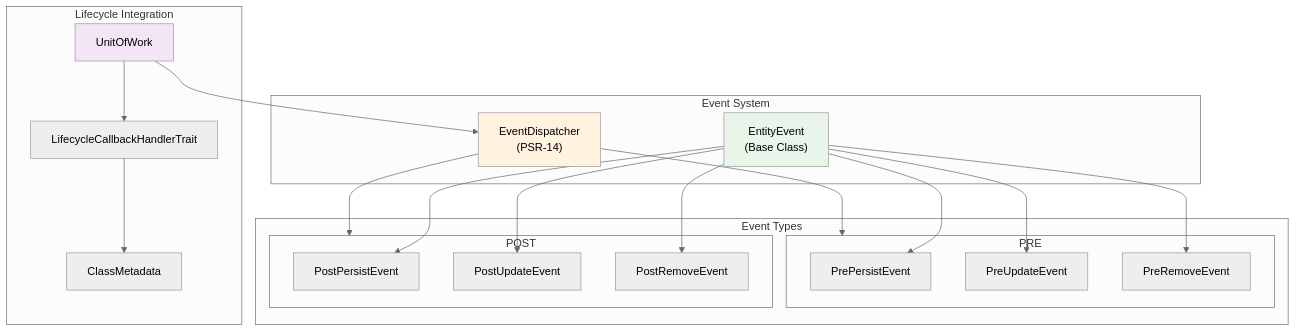
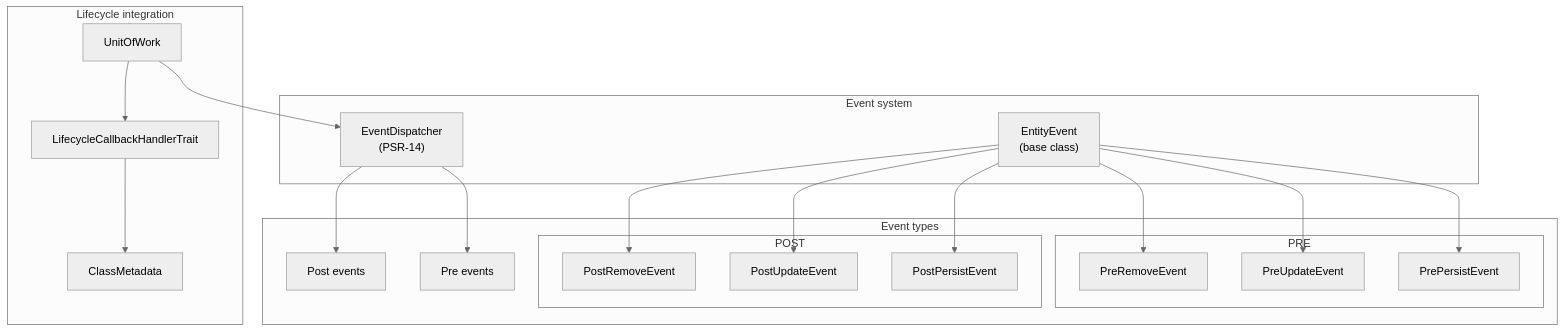
One commit to kabiroman/adaptive-entity-manager changed the sixth of 7 diagrams in docs/ARCHITECTURE_DIAGRAMS.md. Above: the diagram before and after it, drawn with Mermaid (neutral theme). The commit also changed other lines of this file and 7 other files, not shown here.

````diff
--- a/docs/ARCHITECTURE_DIAGRAMS.md
+++ b/docs/ARCHITECTURE_DIAGRAMS.md
@@ -246,48 +231,44 @@
 ```mermaid
 graph TB
-    subgraph "Event Types"
-        PRE["Pre Events"]
-        POST["Post Events"]
-        
-        subgraph PRE
+    subgraph eventTypes [Event types]
+        PRE["Pre events"]
+        POST["Post events"]
+
+        subgraph preEvents [PRE]
             PrePersist["PrePersistEvent"]
             PreUpdate["PreUpdateEvent"]
             PreRemove["PreRemoveEvent"]
         end
-        
-        subgraph POST
+
+        subgraph postEvents [POST]
             PostPersist["PostPersistEvent"]
             PostUpdate["PostUpdateEvent"]
             PostRemove["PostRemoveEvent"]
         end
     end
-    
-    subgraph "Event System"
+
+    subgraph eventSystem [Event system]
         ED["EventDispatcher<br/>(PSR-14)"]
-        EntityEvent["EntityEvent<br/>(Base Class)"]
+        EntityEvent["EntityEvent<br/>(base class)"]
     end
-    
-    subgraph "Lifecycle Integration"
+
+    subgraph lifecycleIntegration [Lifecycle integration]
         UOW2["UnitOfWork"]
         LCHT["LifecycleCallbackHandlerTrait"]
         CM2["ClassMetadata"]
     end
-    
+
     EntityEvent --> PrePersist
     EntityEvent --> PreUpdate
     EntityEvent --> PreRemove
     EntityEvent --> PostPersist
     EntityEvent --> PostUpdate
     EntityEvent --> PostRemove
-    
+
     UOW2 --> ED
     UOW2 --> LCHT
     LCHT --> CM2
-    
+
     ED --> PRE
     ED --> POST
-    
-    style ED fill:#fff3e0
-    style UOW2 fill:#f3e5f5
-    style EntityEvent fill:#e8f5e8
 ```
````
